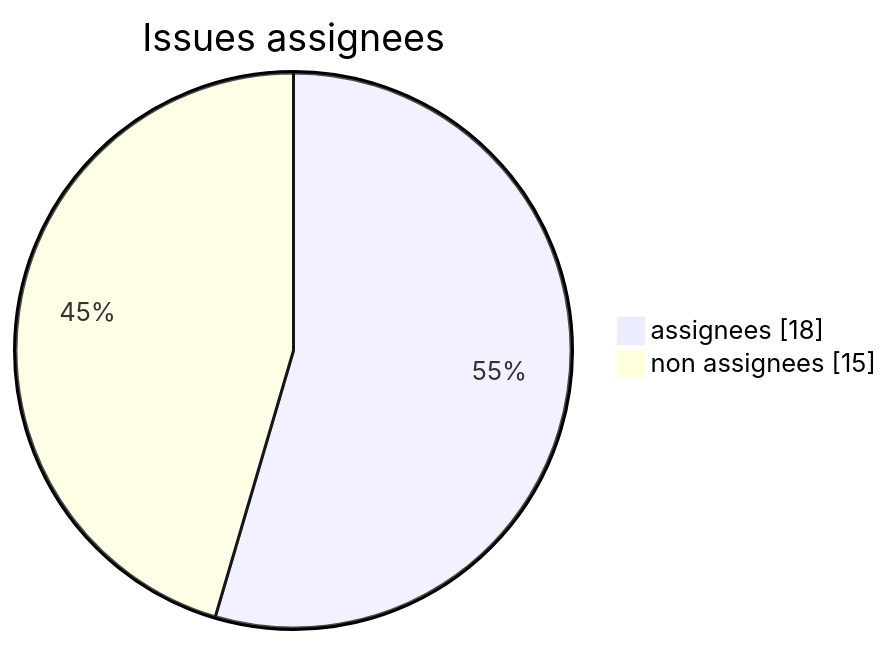
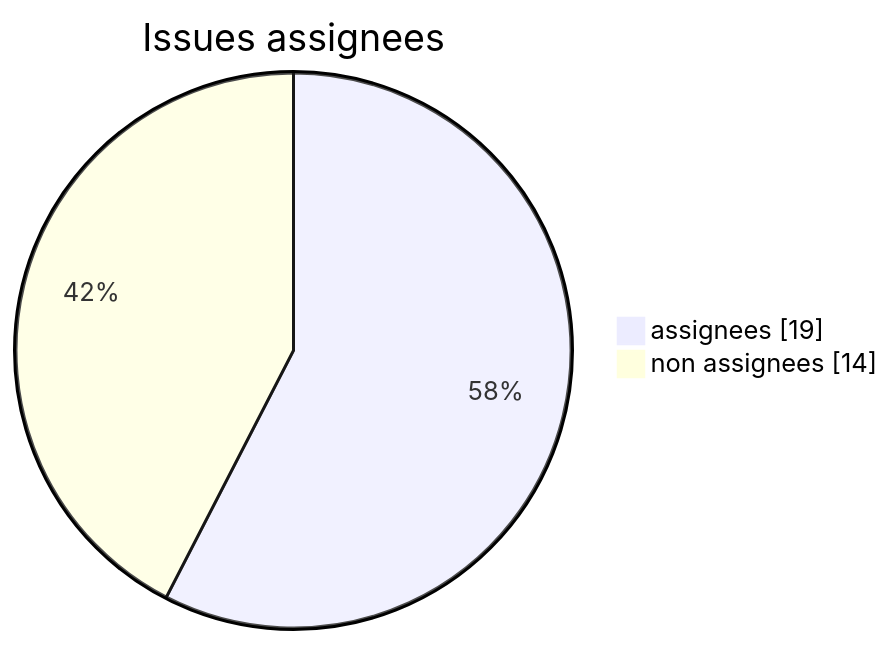
The first of 7 diagrams in modules/M45_projet-board-J05.md (Gooseppr/GevOps_LC), drawn with Mermaid before and after one commit. The commit also changed other lines of this file and 4 other files, not shown here.

````diff
--- a/modules/M45_projet-board-J05.md
+++ b/modules/M45_projet-board-J05.md
@@ -30,6 +30,6 @@
 ```mermaid
 pie showData
     title Issues assignees
-    "assignees" : 18
-    "non assignees" : 15
+    "assignees" : 19
+    "non assignees" : 14
 ```
````
